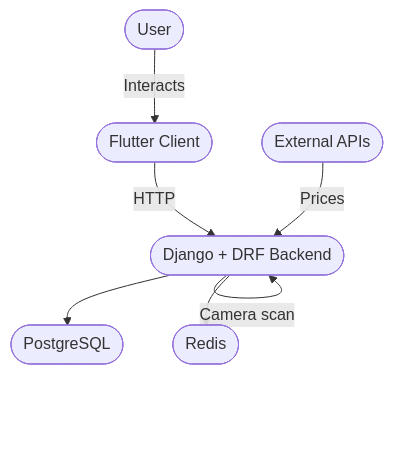
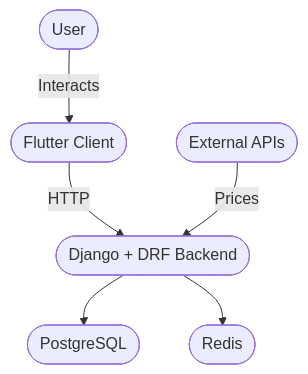
Before and after one commit to RafaMarchante/riftforge-backend: the diagram in README.md, drawn with Mermaid.

````diff
--- a/README.md
+++ b/README.md
@@ -73,16 +73,15 @@
 ```mermaid
 flowchart TD
     U([User])
     C([Flutter Client])
     B([Django + DRF Backend])
     D([PostgreSQL])
     R([Redis])
     E([External APIs])
 
     U -->|Interacts| C
     C -->|HTTP| B
-    B -->|Camera scan| B
     B --> D
     B --> R
     E -->|Prices| B
 ```
````
